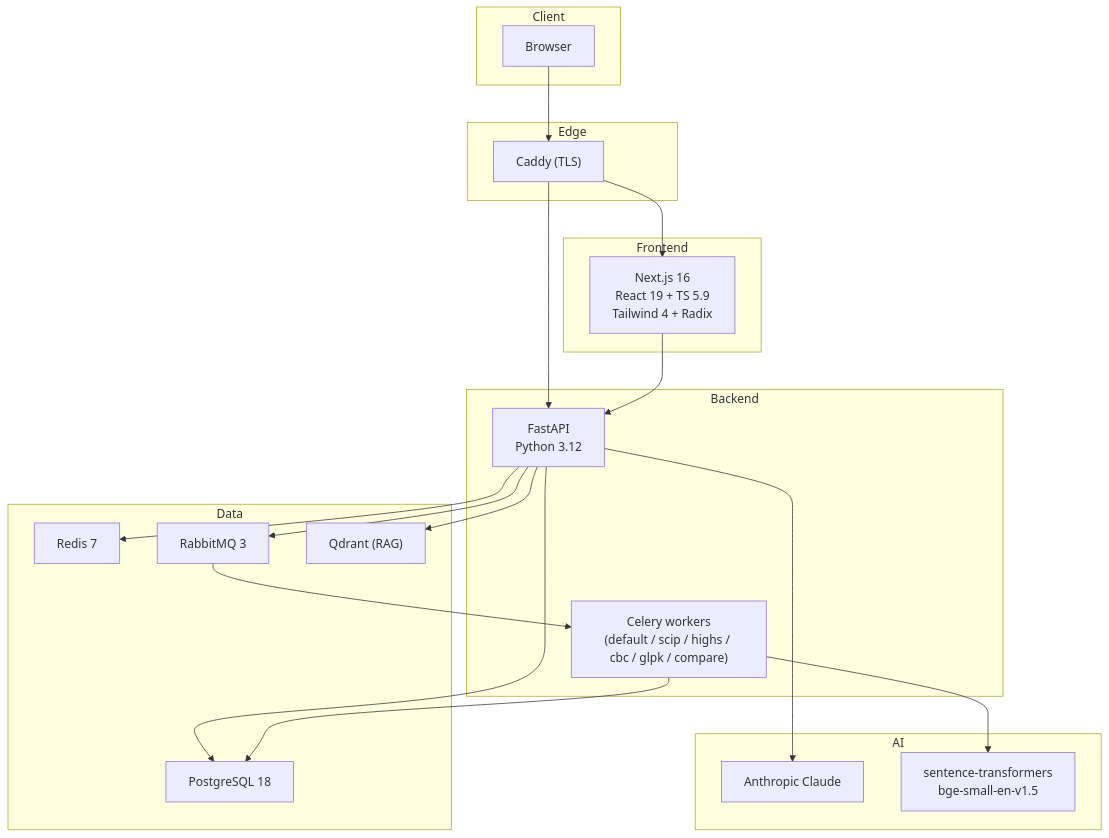
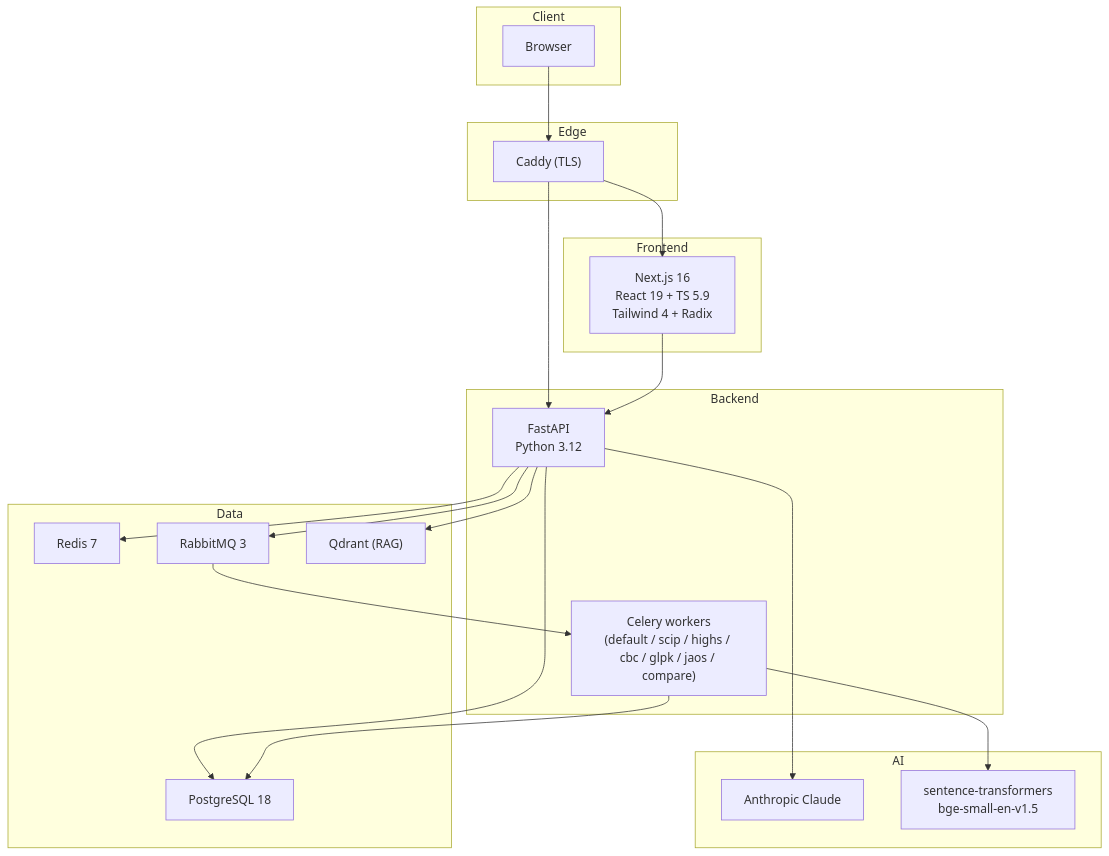
Before and after one commit to avallavall/jaot: the diagram in docs/ARCHITECTURE/01-overview/02-tech-stack.md, drawn with Mermaid. The commit also changed other lines of this file and 57 other files, not shown here.

````diff
--- a/docs/ARCHITECTURE/01-overview/02-tech-stack.md
+++ b/docs/ARCHITECTURE/01-overview/02-tech-stack.md
@@ -58,44 +59,44 @@
 ```mermaid
 flowchart TB
     subgraph Client["Client"]
         Browser["Browser"]
     end
 
     subgraph Edge["Edge"]
         Caddy["Caddy (TLS)"]
     end
 
     subgraph Frontend["Frontend"]
         NextJS["Next.js 16<br/>React 19 + TS 5.9<br/>Tailwind 4 + Radix"]
     end
 
     subgraph Backend["Backend"]
         FastAPI["FastAPI<br/>Python 3.12"]
-        Celery["Celery workers<br/>(default / scip / highs / cbc / glpk / compare)"]
+        Celery["Celery workers<br/>(default / scip / highs / cbc / glpk / jaos / compare)"]
     end
 
     subgraph Data["Data"]
         PG["PostgreSQL 18"]
         Redis["Redis 7"]
         RMQ["RabbitMQ 3"]
         Qdrant["Qdrant (RAG)"]
     end
 
     subgraph AI["AI"]
         Claude["Anthropic Claude"]
         Embeddings["sentence-transformers<br/>bge-small-en-v1.5"]
     end
 
     Browser --> Caddy
     Caddy --> NextJS
     Caddy --> FastAPI
     NextJS --> FastAPI
     FastAPI --> PG
     FastAPI --> Redis
     FastAPI --> RMQ
     FastAPI --> Qdrant
     FastAPI --> Claude
     RMQ --> Celery
     Celery --> PG
     Celery --> Embeddings
 ```
````
